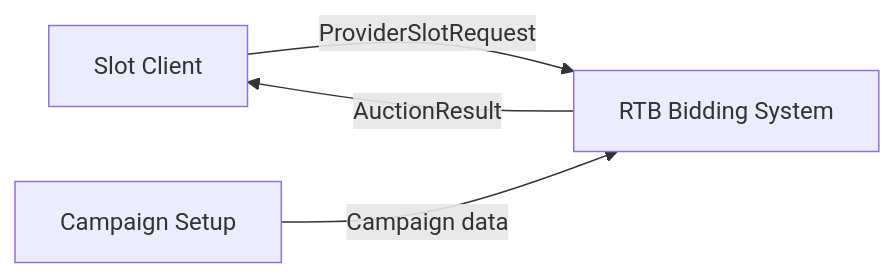
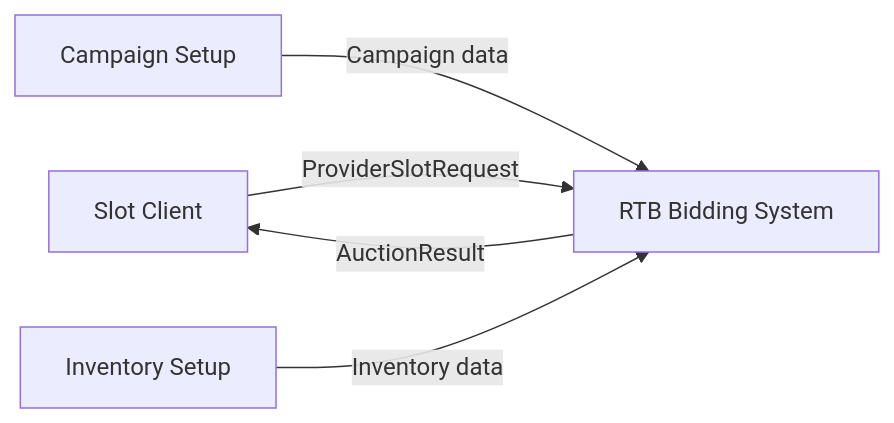
The first of 2 diagrams in docs/ARCHITECTURE.md (bbororo5/low-latency-openrtb-auction), drawn with Mermaid before and after one commit. The commit also changed other lines of this file and 7 other files, not shown here.

Commit message:
Evolve architecture data state boundaries

````diff
--- a/docs/ARCHITECTURE.md
+++ b/docs/ARCHITECTURE.md
@@ -133,11 +135,13 @@
 ```mermaid
 flowchart LR
     publisher["Slot Client"]
     advertiser["Campaign Setup"]
+    inventoryOwner["Inventory Setup"]
     system["RTB Bidding System"]
 
     publisher -->|"ProviderSlotRequest"| system
     system -->|"AuctionResult"| publisher
 
     advertiser -->|"Campaign data"| system
+    inventoryOwner -->|"Inventory data"| system
 ```
````
